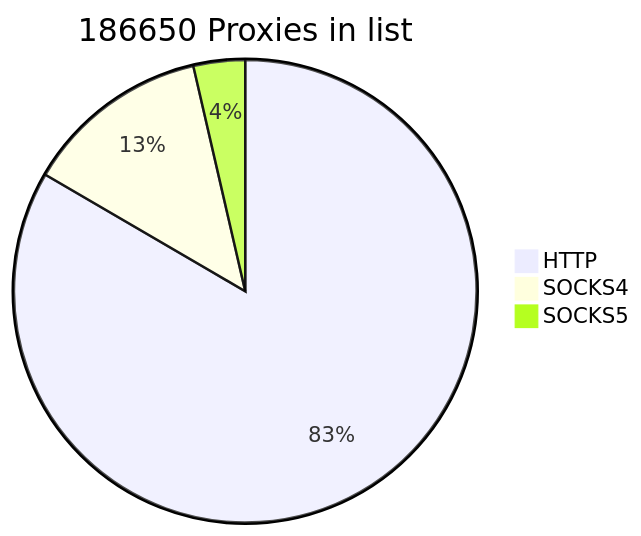
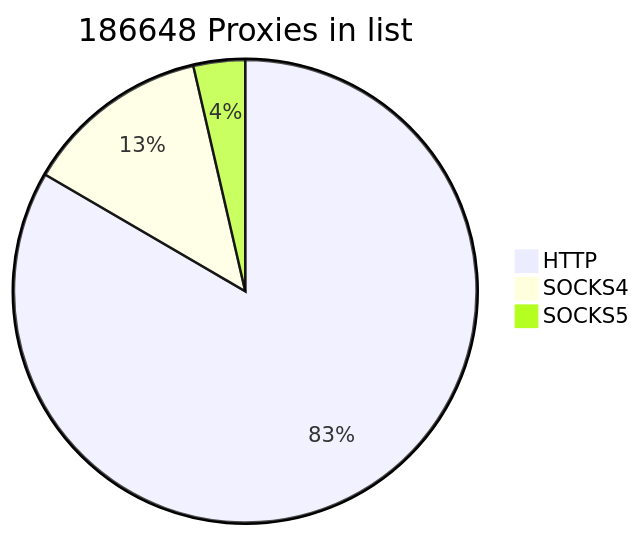
Before and after one commit to cutipu/proxylist: the first of 2 diagrams in README.md, drawn with Mermaid. The commit also changed other lines of this file, not shown here.

````diff
--- a/README.md
+++ b/README.md
@@ -2,7 +2,7 @@
 ```mermaid
-pie title 186650 Proxies in list
-    "HTTP" : 155677
+pie title 186648 Proxies in list
+    "HTTP" : 155676
     "SOCKS4" : 24242
-    "SOCKS5" : 6731
+    "SOCKS5" : 6730
             
 ```
````
